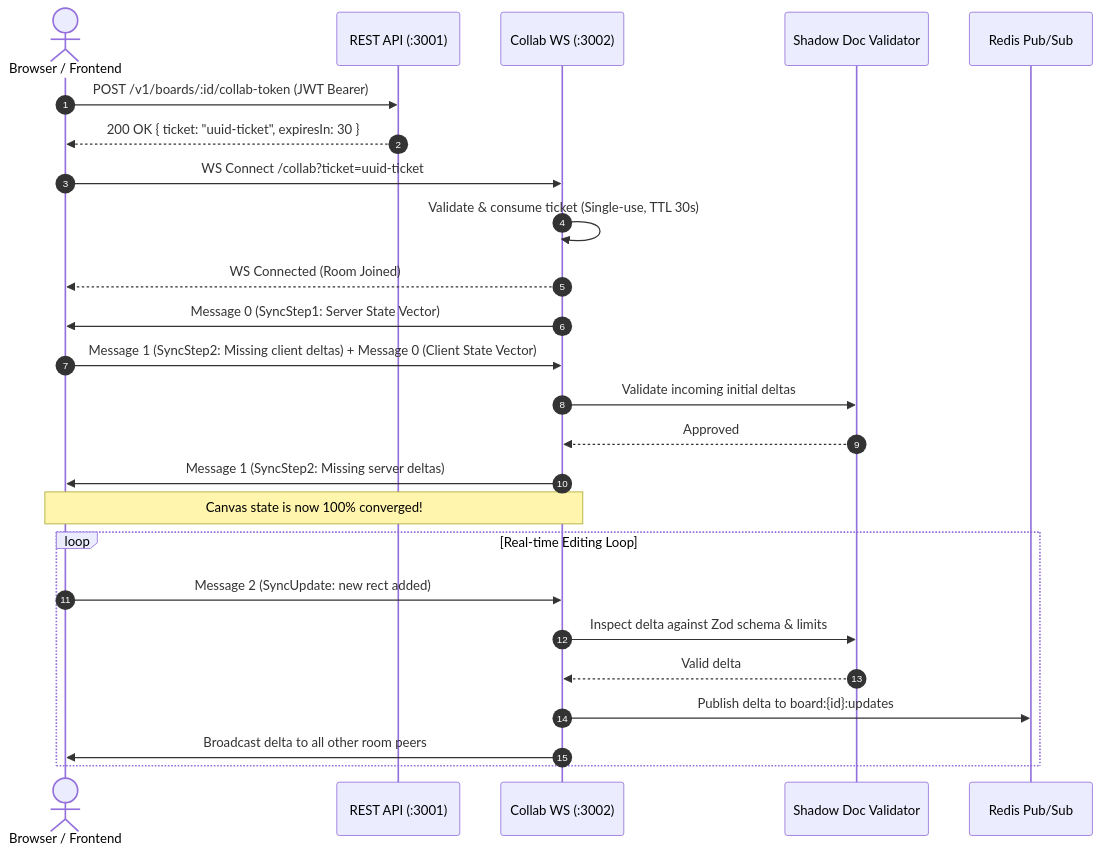
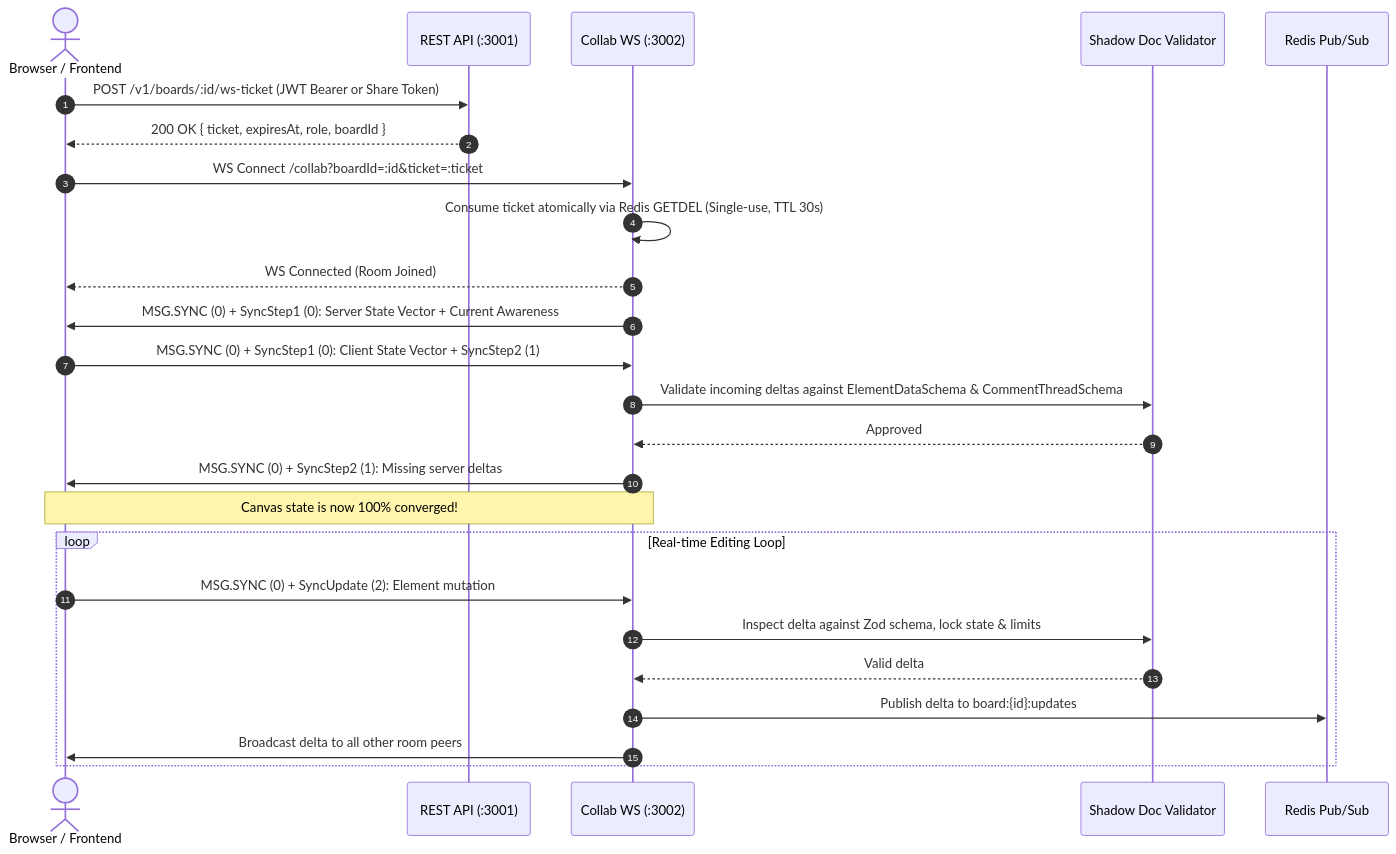
Before and after one commit to GabrielFeijo/whiteboard: the diagram in docs/PROTOCOL.md, drawn with Mermaid. The commit also changed other lines of this file and 2 other files, not shown here.

````diff
--- a/docs/PROTOCOL.md
+++ b/docs/PROTOCOL.md
@@ -52,31 +56,31 @@
 ```mermaid
 sequenceDiagram
   autonumber
   actor User as Browser / Frontend
   participant API as REST API (:3001)
   participant Collab as Collab WS (:3002)
   participant Shadow as Shadow Doc Validator
   participant Redis as Redis Pub/Sub
 
-  User->>API: POST /v1/boards/:id/collab-token (JWT Bearer)
-  API-->>User: 200 OK { ticket: "uuid-ticket", expiresIn: 30 }
+  User->>API: POST /v1/boards/:id/ws-ticket (JWT Bearer or Share Token)
+  API-->>User: 200 OK { ticket, expiresAt, role, boardId }
 
-  User->>Collab: WS Connect /collab?ticket=uuid-ticket
-  Collab->>Collab: Validate & consume ticket (Single-use, TTL 30s)
+  User->>Collab: WS Connect /collab?boardId=:id&ticket=:ticket
+  Collab->>Collab: Consume ticket atomically via Redis GETDEL (Single-use, TTL 30s)
   Collab-->>User: WS Connected (Room Joined)
 
-  Collab->>User: Message 0 (SyncStep1: Server State Vector)
-  User->>Collab: Message 1 (SyncStep2: Missing client deltas) + Message 0 (Client State Vector)
-  Collab->>Shadow: Validate incoming initial deltas
+  Collab->>User: MSG.SYNC (0) + SyncStep1 (0): Server State Vector + Current Awareness
+  User->>Collab: MSG.SYNC (0) + SyncStep1 (0): Client State Vector + SyncStep2 (1)
+  Collab->>Shadow: Validate incoming deltas against ElementDataSchema & CommentThreadSchema
   Shadow-->>Collab: Approved
-  Collab->>User: Message 1 (SyncStep2: Missing server deltas)
+  Collab->>User: MSG.SYNC (0) + SyncStep2 (1): Missing server deltas
   Note over User, Collab: Canvas state is now 100% converged!
 
   loop Real-time Editing Loop
-    User->>Collab: Message 2 (SyncUpdate: new rect added)
-    Collab->>Shadow: Inspect delta against Zod schema & limits
+    User->>Collab: MSG.SYNC (0) + SyncUpdate (2): Element mutation
+    Collab->>Shadow: Inspect delta against Zod schema, lock state & limits
     Shadow-->>Collab: Valid delta
     Collab->>Redis: Publish delta to board:{id}:updates
     Collab->>User: Broadcast delta to all other room peers
   end
 ```
````
